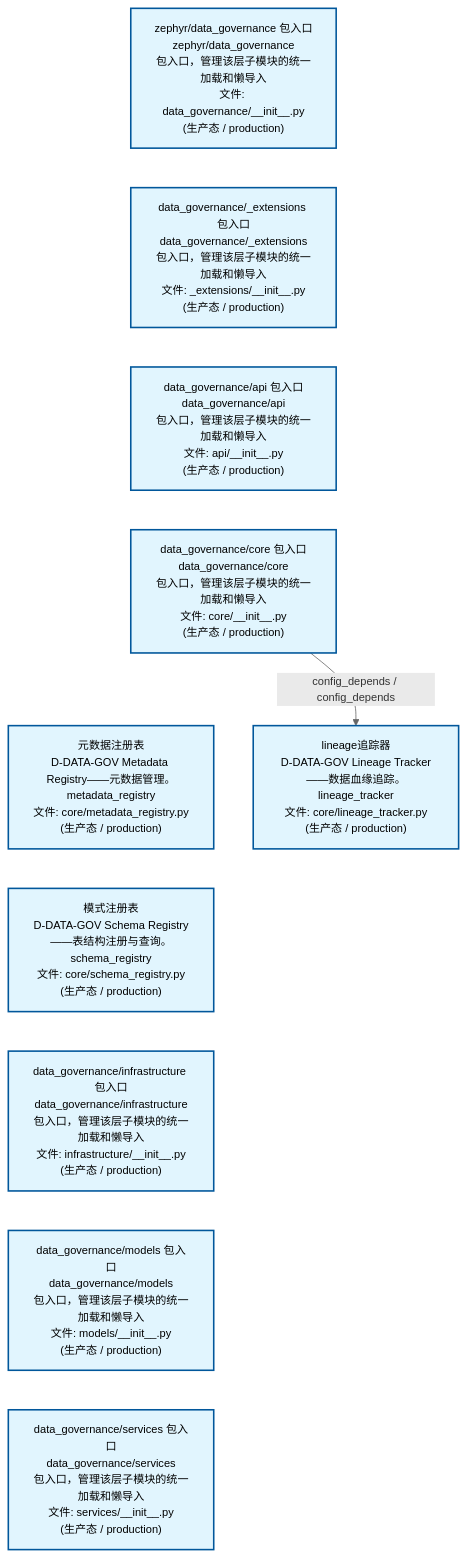
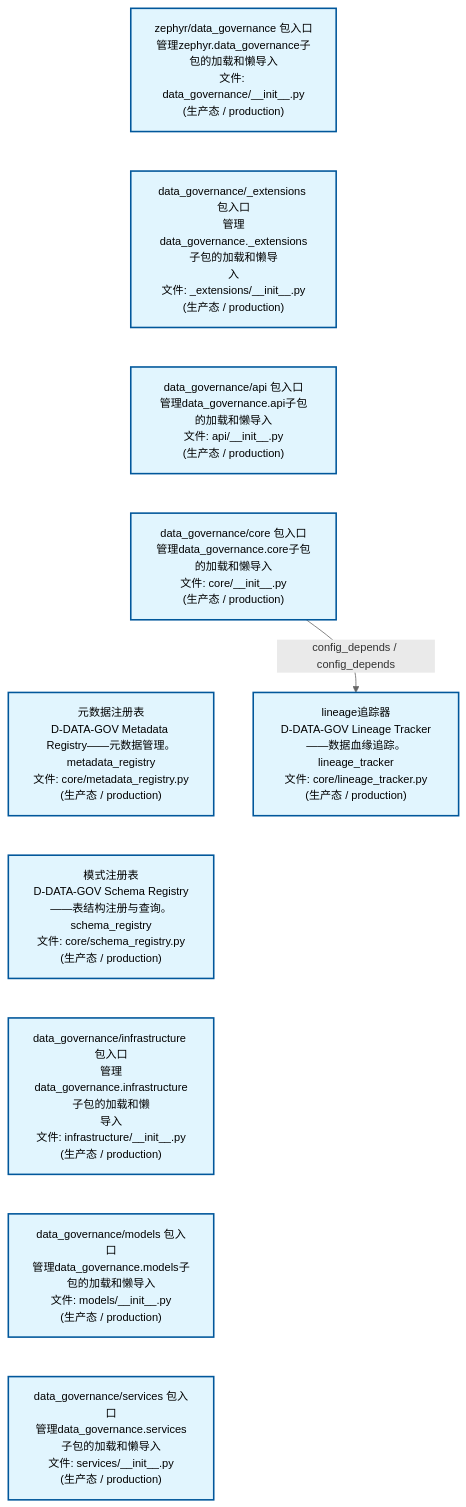
Before and after one commit to xuanFelixVan/ZephyrAlpha: the first of 2 diagrams in docs/02_enterprise_architecture/02_domain_architecture_docs/13_d_data_gov.md, drawn with Mermaid. The commit also changed other lines of this file and 59 other files, not shown here.

````diff
--- a/docs/02_enterprise_architecture/02_domain_architecture_docs/13_d_data_gov.md
+++ b/docs/02_enterprise_architecture/02_domain_architecture_docs/13_d_data_gov.md
@@ -53,28 +53,28 @@
 ```mermaid
 %%{init: {'theme': 'base', 'themeVariables': {'primaryColor': '#eaeaea', 'primaryTextColor': '#333333', 'primaryBorderColor': '#666666', 'lineColor': '#666666', 'secondaryColor': '#eaeaea', 'tertiaryColor': '#eaeaea', 'fontSize': '14px'}}}%%
 flowchart TD
-    src_zephyr_data_governance_init_py["zephyr/data_governance 包入口<br/>zephyr/data_governance<br/>包入口，管理该层子模块的统一加载和懒导入<br/>文件: data_governance/__init__.py<br/>(生产态 / production)"]
-    src_zephyr_data_governance_extensions_init_py["data_governance/_extensions 包入口<br/>data_governance/_extensions<br/>包入口，管理该层子模块的统一加载和懒导入<br/>文件: _extensions/__init__.py<br/>(生产态 / production)"]
-    src_zephyr_data_governance_api_init_py["data_governance/api 包入口<br/>data_governance/api<br/>包入口，管理该层子模块的统一加载和懒导入<br/>文件: api/__init__.py<br/>(生产态 / production)"]
-    src_zephyr_data_governance_core_init_py["data_governance/core 包入口<br/>data_governance/core<br/>包入口，管理该层子模块的统一加载和懒导入<br/>文件: core/__init__.py<br/>(生产态 / production)"]
+    src_zephyr_data_governance_init_py["zephyr/data_governance 包入口<br/>管理zephyr.data_governance子包的加载和懒导入<br/>文件: data_governance/__init__.py<br/>(生产态 / production)"]
+    src_zephyr_data_governance_extensions_init_py["data_governance/_extensions 包入口<br/>管理data_governance._extensions子包的加载和懒导<br/>入<br/>文件: _extensions/__init__.py<br/>(生产态 / production)"]
+    src_zephyr_data_governance_api_init_py["data_governance/api 包入口<br/>管理data_governance.api子包的加载和懒导入<br/>文件: api/__init__.py<br/>(生产态 / production)"]
+    src_zephyr_data_governance_core_init_py["data_governance/core 包入口<br/>管理data_governance.core子包的加载和懒导入<br/>文件: core/__init__.py<br/>(生产态 / production)"]
     src_zephyr_data_governance_core_metadata_registry_py["元数据注册表<br/>D-DATA-GOV Metadata Registry——元数据管理。<br/>metadata_registry<br/>文件: core/metadata_registry.py<br/>(生产态 / production)"]
     src_zephyr_data_governance_core_schema_registry_py["模式注册表<br/>D-DATA-GOV Schema Registry——表结构注册与查询。<br/>schema_registry<br/>文件: core/schema_registry.py<br/>(生产态 / production)"]
-    src_zephyr_data_governance_infrastructure_init_py["data_governance/infrastructure 包入口<br/>data_governance/infrastructure<br/>包入口，管理该层子模块的统一加载和懒导入<br/>文件: infrastructure/__init__.py<br/>(生产态 / production)"]
-    src_zephyr_data_governance_models_init_py["data_governance/models 包入口<br/>data_governance/models<br/>包入口，管理该层子模块的统一加载和懒导入<br/>文件: models/__init__.py<br/>(生产态 / production)"]
-    src_zephyr_data_governance_services_init_py["data_governance/services 包入口<br/>data_governance/services<br/>包入口，管理该层子模块的统一加载和懒导入<br/>文件: services/__init__.py<br/>(生产态 / production)"]
+    src_zephyr_data_governance_infrastructure_init_py["data_governance/infrastructure 包入口<br/>管理data_governance.infrastructure子包的加载和懒<br/>导入<br/>文件: infrastructure/__init__.py<br/>(生产态 / production)"]
+    src_zephyr_data_governance_models_init_py["data_governance/models 包入口<br/>管理data_governance.models子包的加载和懒导入<br/>文件: models/__init__.py<br/>(生产态 / production)"]
+    src_zephyr_data_governance_services_init_py["data_governance/services 包入口<br/>管理data_governance.services子包的加载和懒导入<br/>文件: services/__init__.py<br/>(生产态 / production)"]
     src_zephyr_data_governance_init_py ~~~ src_zephyr_data_governance_extensions_init_py
     src_zephyr_data_governance_extensions_init_py ~~~ src_zephyr_data_governance_api_init_py
     src_zephyr_data_governance_api_init_py ~~~ src_zephyr_data_governance_core_init_py
     src_zephyr_data_governance_core_init_py ~~~ src_zephyr_data_governance_core_metadata_registry_py
     src_zephyr_data_governance_core_metadata_registry_py ~~~ src_zephyr_data_governance_core_schema_registry_py
     src_zephyr_data_governance_core_schema_registry_py ~~~ src_zephyr_data_governance_infrastructure_init_py
     src_zephyr_data_governance_infrastructure_init_py ~~~ src_zephyr_data_governance_models_init_py
     src_zephyr_data_governance_models_init_py ~~~ src_zephyr_data_governance_services_init_py
     src_zephyr_data_governance_core_lineage_tracker_py["lineage追踪器<br/>D-DATA-GOV Lineage Tracker——数据血缘追踪。<br/>lineage_tracker<br/>文件: core/lineage_tracker.py<br/>(生产态 / production)"]
     src_zephyr_data_governance_core_init_py -->|config_depends / config_depends| src_zephyr_data_governance_core_lineage_tracker_py
     classDef production fill:#e1f5fe,stroke:#01579b,stroke-width:2px,color:#000
     classDef design fill:#fff3e0,stroke:#e65100,stroke-width:2px,color:#000,stroke-dasharray: 5 5
     classDef external_prod fill:#e8f4fd,stroke:#0277bd,stroke-width:1px,color:#000
     classDef external_design fill:#fff8e7,stroke:#ef6c00,stroke-width:1px,color:#000,stroke-dasharray: 5 5
     class src_zephyr_data_governance_init_py,src_zephyr_data_governance_extensions_init_py,src_zephyr_data_governance_api_init_py,src_zephyr_data_governance_core_init_py,src_zephyr_data_governance_core_lineage_tracker_py,src_zephyr_data_governance_core_metadata_registry_py,src_zephyr_data_governance_core_schema_registry_py,src_zephyr_data_governance_infrastructure_init_py,src_zephyr_data_governance_models_init_py,src_zephyr_data_governance_services_init_py production
 ```
````
